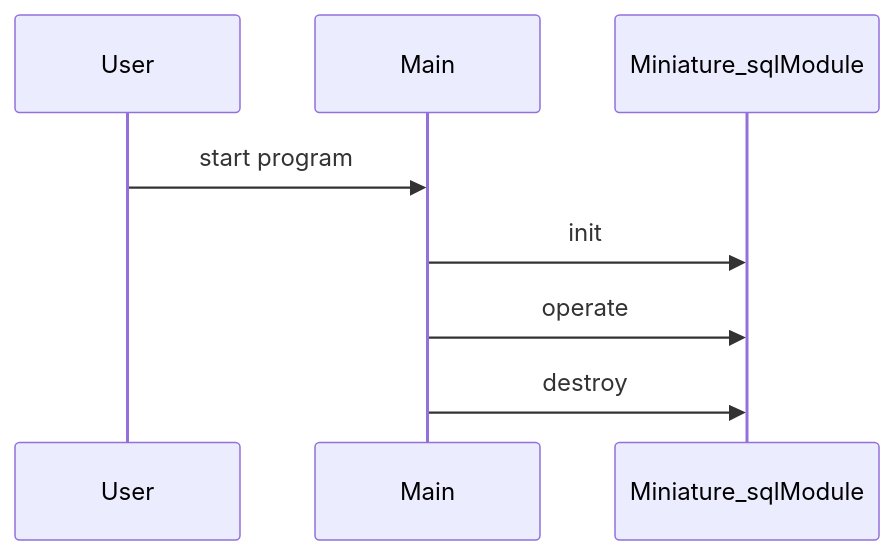
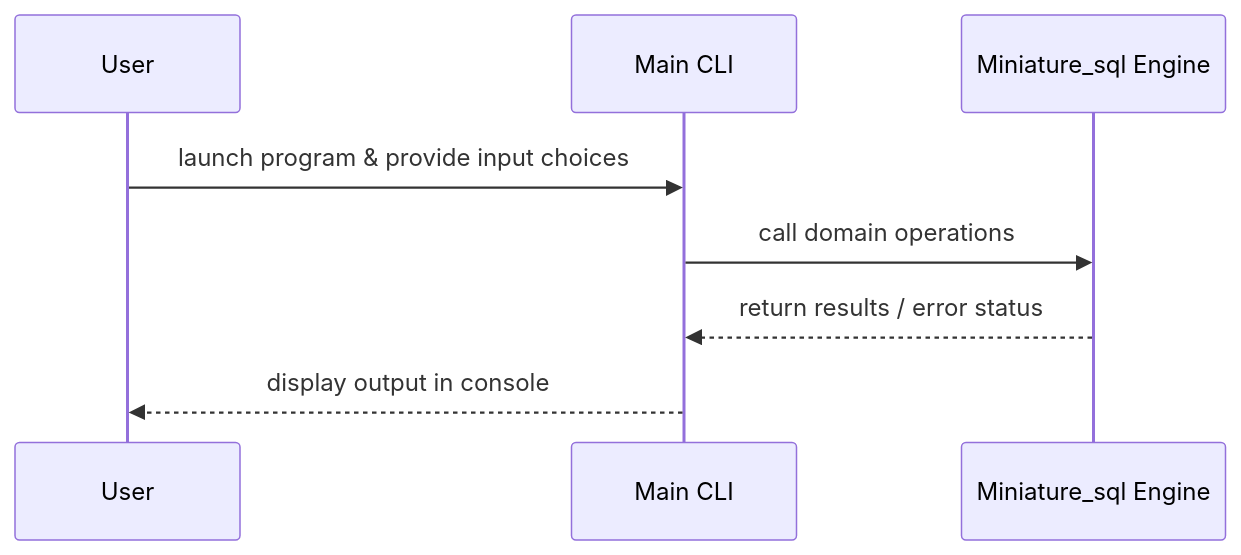
The diagram in reports/miniature_sql/Design.md (jahnaviyakkala/EvoForge), drawn with Mermaid before and after one commit. The commit also changed other lines of this file and 20 other files, not shown here.

Commit message:
auto(sdlc): update miniature_sql autonomously

````diff
--- a/reports/miniature_sql/Design.md
+++ b/reports/miniature_sql/Design.md
@@ -16,11 +16,11 @@
 ```mermaid
 sequenceDiagram
     participant User
-    participant Main
-    participant Miniature_sqlModule
+    participant Main CLI
+    participant Miniature_sql Engine
 
-    User->>Main: start program
-    Main->>Miniature_sqlModule: init
-    Main->>Miniature_sqlModule: operate
-    Main->>Miniature_sqlModule: destroy
+    User->>Main CLI: launch program & provide input choices
+    Main CLI->>Miniature_sql Engine: call domain operations
+    Miniature_sql Engine-->>Main CLI: return results / error status
+    Main CLI-->>User: display output in console
 ```
````
